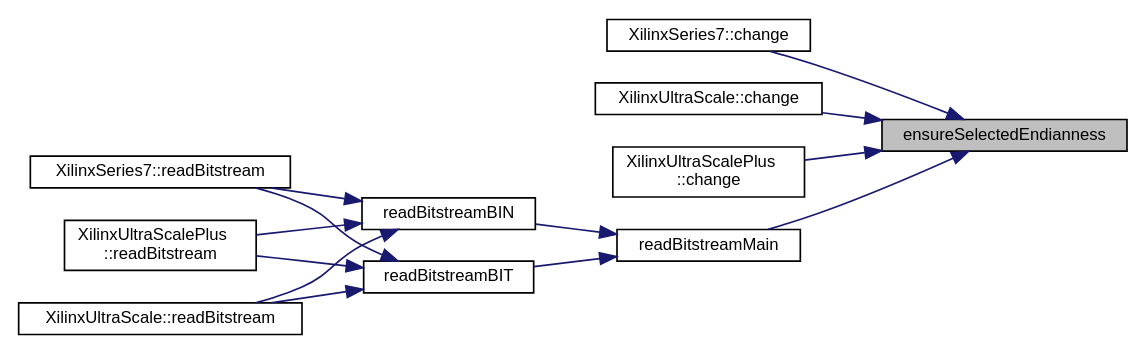
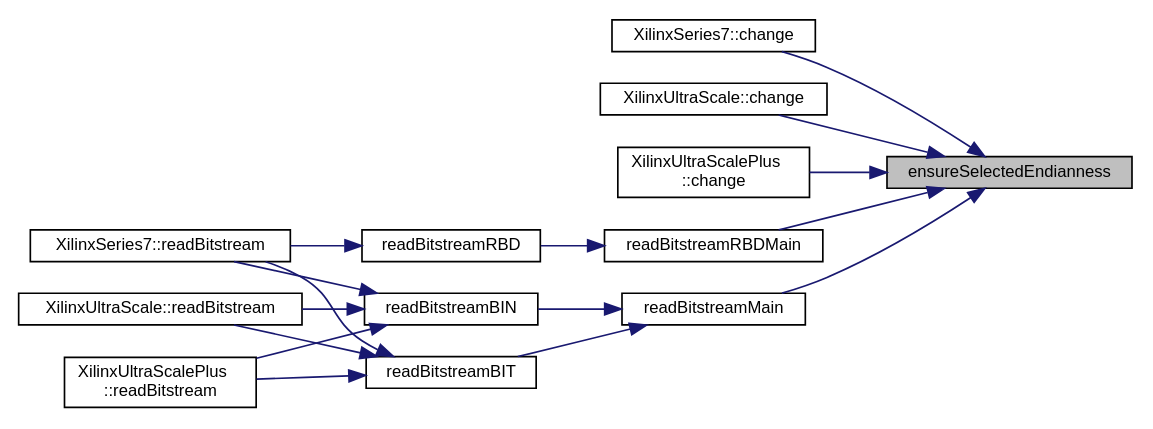
Before and after one commit to FPGA-Research-Manchester/byteman: the diagram in inlineChange_8h_ae6a0714a04036157d8ed82cbbf724b8b_icgraph.dot, drawn with Graphviz. The commit also changed 400 other files, not shown here.

```diff
--- a/inlineChange_8h_ae6a0714a04036157d8ed82cbbf724b8b_icgraph.dot
+++ b/inlineChange_8h_ae6a0714a04036157d8ed82cbbf724b8b_icgraph.dot
@@ -1,30 +1,35 @@
 digraph "ensureSelectedEndianness"
 {
  // INTERACTIVE_SVG=YES
  // LATEX_PDF_SIZE
   edge [fontname="Helvetica",fontsize="10",labelfontname="Helvetica",labelfontsize="10"];
   node [fontname="Helvetica",fontsize="10",shape=record];
   rankdir="RL";
   Node1 [label="ensureSelectedEndianness",height=0.2,width=0.4,color="black", fillcolor="grey75", style="filled", fontcolor="black",tooltip=" "];
   Node1 -> Node2 [dir="back",color="midnightblue",fontsize="10",style="solid",fontname="Helvetica"];
   Node2 [label="XilinxSeries7::change",height=0.2,width=0.4,color="black", fillcolor="white", style="filled",URL="$classXilinxSeries7.html#a341729914076ebc445699425c51037ba",tooltip=" "];
   Node1 -> Node3 [dir="back",color="midnightblue",fontsize="10",style="solid",fontname="Helvetica"];
   Node3 [label="XilinxUltraScale::change",height=0.2,width=0.4,color="black", fillcolor="white", style="filled",URL="$classXilinxUltraScale.html#a6fd473ac494b897805e5628817b833ba",tooltip=" "];
   Node1 -> Node4 [dir="back",color="midnightblue",fontsize="10",style="solid",fontname="Helvetica"];
   Node4 [label="XilinxUltraScalePlus\l::change",height=0.2,width=0.4,color="black", fillcolor="white", style="filled",URL="$classXilinxUltraScalePlus.html#a8d1c488a56dac4290a90e5718ce2e0be",tooltip=" "];
   Node1 -> Node5 [dir="back",color="midnightblue",fontsize="10",style="solid",fontname="Helvetica"];
   Node5 [label="readBitstreamMain",height=0.2,width=0.4,color="black", fillcolor="white", style="filled",URL="$inlineInput_8h.html#a661412fb2eb60eef0b26618da69aa742",tooltip=" "];
   Node5 -> Node6 [dir="back",color="midnightblue",fontsize="10",style="solid",fontname="Helvetica"];
   Node6 [label="readBitstreamBIN",height=0.2,width=0.4,color="black", fillcolor="white", style="filled",URL="$inlineInput_8h.html#a4522075370053215660de95e4bfe9d9a",tooltip=" "];
   Node6 -> Node7 [dir="back",color="midnightblue",fontsize="10",style="solid",fontname="Helvetica"];
   Node7 [label="XilinxSeries7::readBitstream",height=0.2,width=0.4,color="black", fillcolor="white", style="filled",URL="$classXilinxSeries7.html#ac8bc127280d52c751350e759ed7b42ac",tooltip=" "];
   Node6 -> Node8 [dir="back",color="midnightblue",fontsize="10",style="solid",fontname="Helvetica"];
   Node8 [label="XilinxUltraScalePlus\l::readBitstream",height=0.2,width=0.4,color="black", fillcolor="white", style="filled",URL="$classXilinxUltraScalePlus.html#aee626cbe876d1b294beff220903060a9",tooltip=" "];
   Node6 -> Node9 [dir="back",color="midnightblue",fontsize="10",style="solid",fontname="Helvetica"];
   Node9 [label="XilinxUltraScale::readBitstream",height=0.2,width=0.4,color="black", fillcolor="white", style="filled",URL="$classXilinxUltraScale.html#a3c696df2b3cff66970de1bbbd63d2d0e",tooltip=" "];
   Node5 -> Node10 [dir="back",color="midnightblue",fontsize="10",style="solid",fontname="Helvetica"];
   Node10 [label="readBitstreamBIT",height=0.2,width=0.4,color="black", fillcolor="white", style="filled",URL="$inlineInput_8h.html#a8e7e2bd44405c923c1ed0fc0cd284aaf",tooltip=" "];
   Node10 -> Node7 [dir="back",color="midnightblue",fontsize="10",style="solid",fontname="Helvetica"];
   Node10 -> Node8 [dir="back",color="midnightblue",fontsize="10",style="solid",fontname="Helvetica"];
   Node10 -> Node9 [dir="back",color="midnightblue",fontsize="10",style="solid",fontname="Helvetica"];
+  Node1 -> Node11 [dir="back",color="midnightblue",fontsize="10",style="solid",fontname="Helvetica"];
+  Node11 [label="readBitstreamRBDMain",height=0.2,width=0.4,color="black", fillcolor="white", style="filled",URL="$inlineInput_8h.html#ab2c4206abdd9e28a058877f9d86dc7b9",tooltip=" "];
+  Node11 -> Node12 [dir="back",color="midnightblue",fontsize="10",style="solid",fontname="Helvetica"];
+  Node12 [label="readBitstreamRBD",height=0.2,width=0.4,color="black", fillcolor="white", style="filled",URL="$inlineInput_8h.html#a61d0cce2fcb0f3d15fec67d7fbe28adf",tooltip=" "];
+  Node12 -> Node7 [dir="back",color="midnightblue",fontsize="10",style="solid",fontname="Helvetica"];
 }
```
